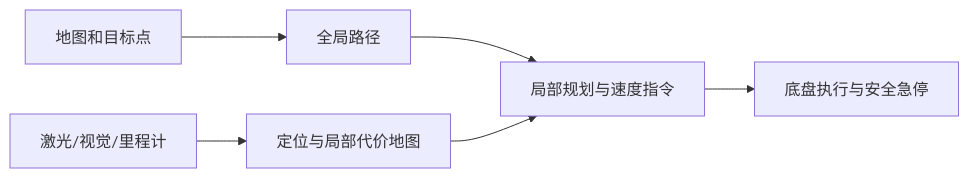
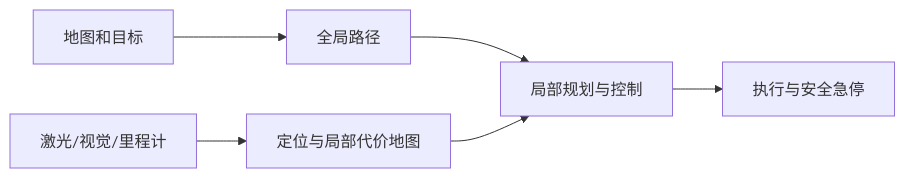
One commit to ChaoyuWang04/MockInterview changed the diagram in questions/AI Infra/128-地图与传感器避障融合.md. Above: the diagram before and after it, drawn with Mermaid. The commit also changed other lines of this file and 33 other files, not shown here.

````diff
--- a/questions/AI Infra/128-地图与传感器避障融合.md
+++ b/questions/AI Infra/128-地图与传感器避障融合.md
@@ -26,8 +27,8 @@
 ```mermaid
 flowchart LR
-    A[地图和目标点] --> B[全局路径]
+    A[地图和目标] --> B[全局路径]
     C[激光/视觉/里程计] --> D[定位与局部代价地图]
-    B --> E[局部规划与速度指令]
+    B --> E[局部规划与控制]
     D --> E
-    E --> F[底盘执行与安全急停]
+    E --> F[执行与安全急停]
 ```
````
